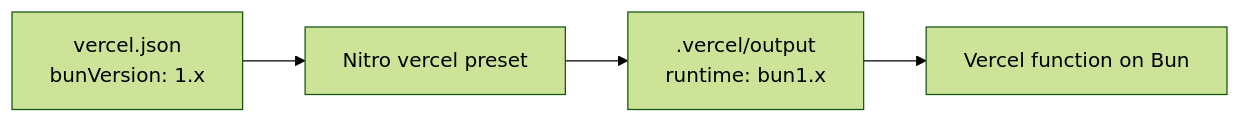
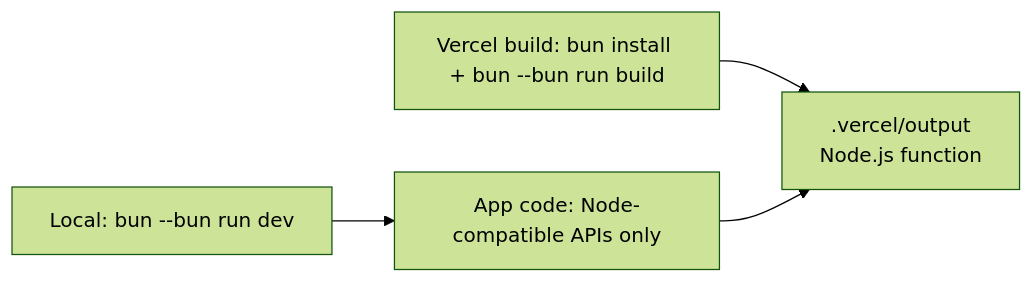
One commit to wends05/final-portfolio changed the diagram in docs/decisions/0005-vercel-deployment.md. Above: the diagram before and after it, drawn with Mermaid (forest theme). The commit also changed other lines of this file and 3 other files, not shown here.

Commit message:
fix: run production on vercel's node.js runtime

````diff
--- a/docs/decisions/0005-vercel-deployment.md
+++ b/docs/decisions/0005-vercel-deployment.md
@@ -23,6 +37,6 @@
 ```mermaid
 flowchart LR
-    VJ["vercel.json<br/>bunVersion: 1.x"] --> Nitro["Nitro vercel preset"]
-    Nitro --> Out[".vercel/output<br/>runtime: bun1.x"]
-    Out --> Prod["Vercel function on Bun"]
+    Dev["Local: bun --bun run dev"] --> Code["App code: Node-compatible APIs only"]
+    Build["Vercel build: bun install + bun --bun run build"] --> Out[".vercel/output<br/>Node.js function"]
+    Code --> Out
 ```
````
